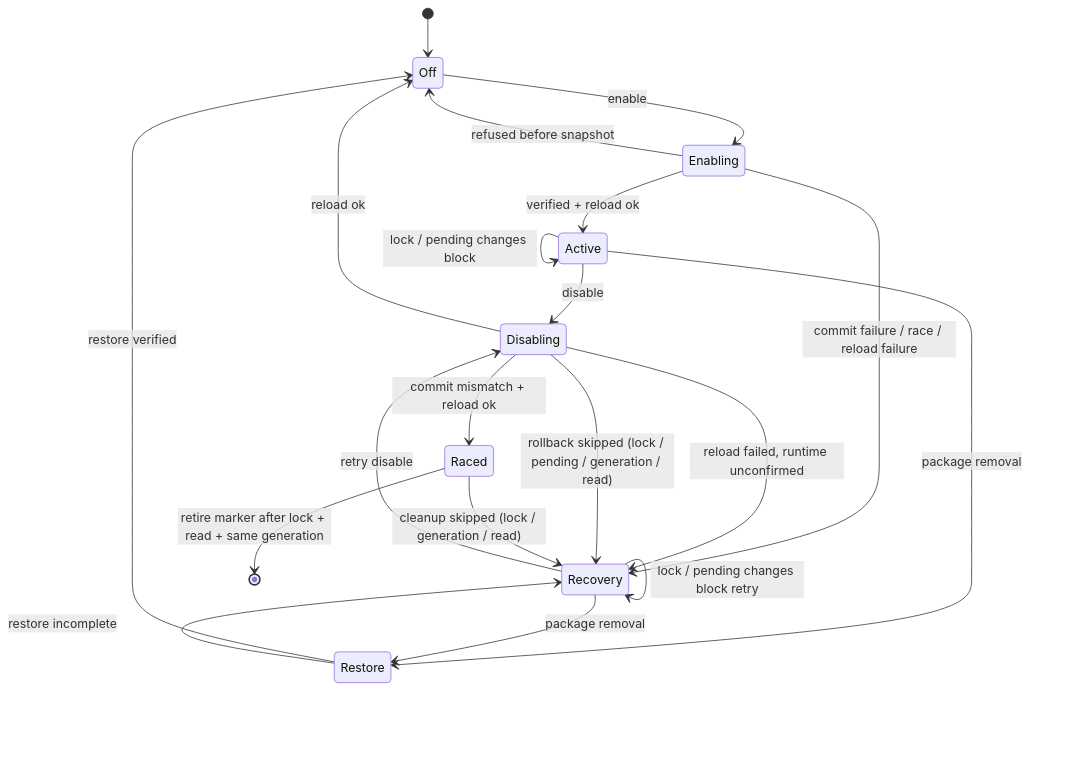
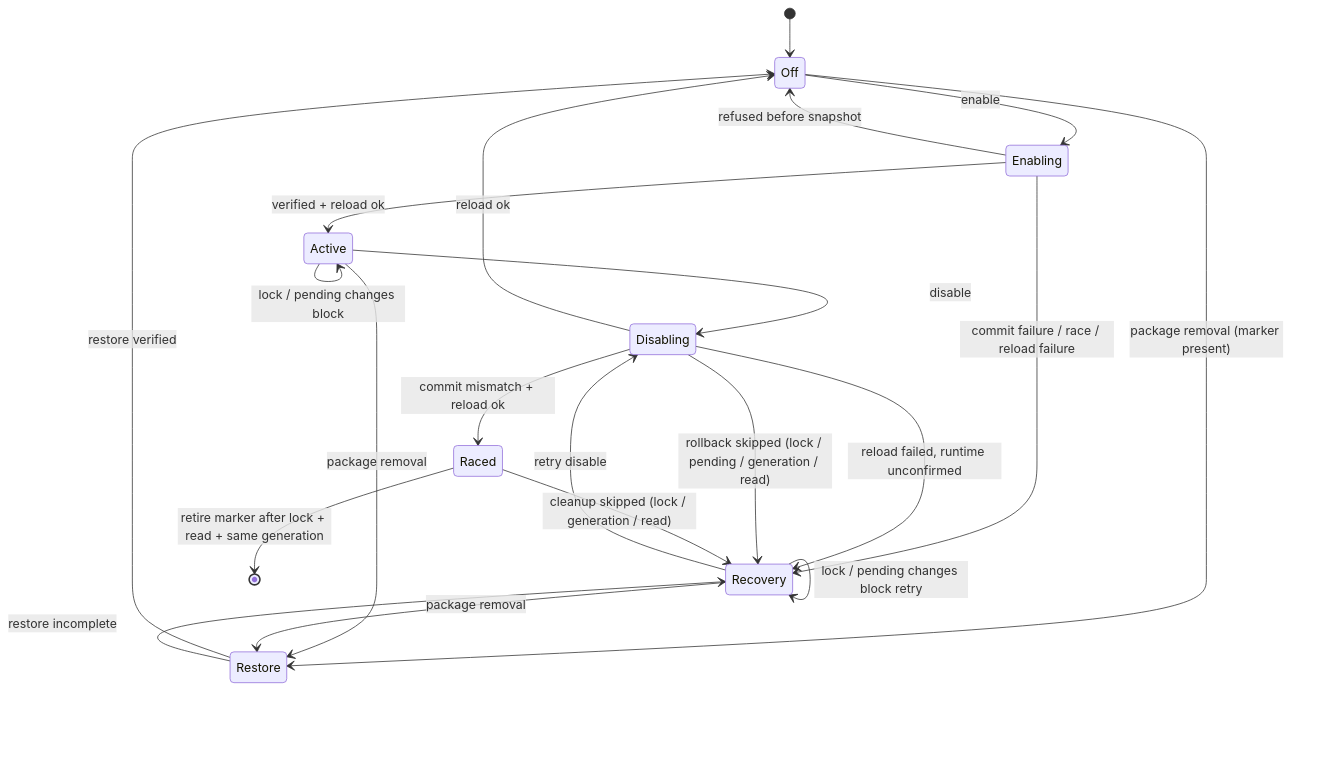
Before and after one commit to lucas-albers-lz4/fwlive: the third of 3 diagrams in docs/developer/architecture.md, drawn with Mermaid.

Commit message:
docs: show cleanup-pending package removal path

````diff
--- a/docs/developer/architecture.md
+++ b/docs/developer/architecture.md
@@ -77,23 +77,24 @@
 ```mermaid
 stateDiagram-v2
   direction TB
   [*] --> Off
   Off --> Enabling: enable
   Enabling --> Off: refused before snapshot
   Enabling --> Active: verified + reload ok
   Enabling --> Recovery: commit failure / race / reload failure
   Active --> Active: lock / pending changes block
   Recovery --> Recovery: lock / pending changes block retry
   Active --> Disabling: disable
   Recovery --> Disabling: retry disable
   Disabling --> Off: reload ok
   Disabling --> Raced: commit mismatch + reload ok
   Disabling --> Recovery: reload failed, runtime unconfirmed
   Disabling --> Recovery: rollback skipped (lock / pending / generation / read)
   Raced --> Recovery: cleanup skipped (lock / generation / read)
   Raced --> [*]: retire marker after lock + read + same generation
+  Off --> Restore: package removal (marker present)
   Active --> Restore: package removal
   Recovery --> Restore: package removal
   Restore --> Off: restore verified
   Restore --> Recovery: restore incomplete
 ```
````
